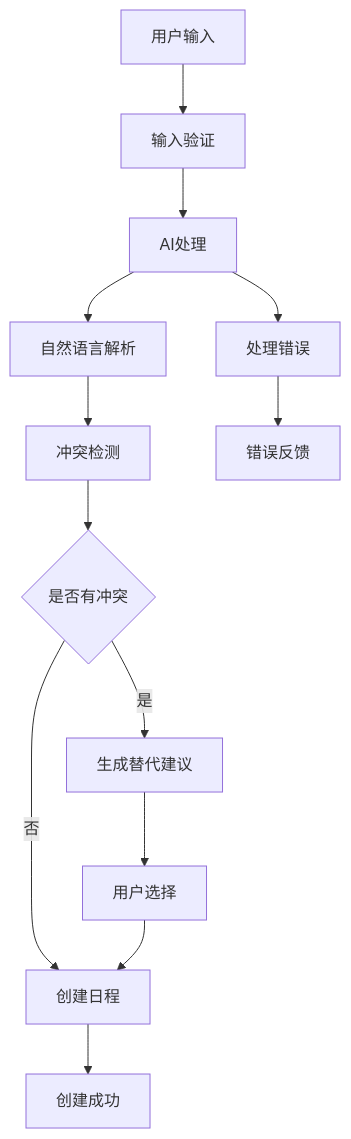
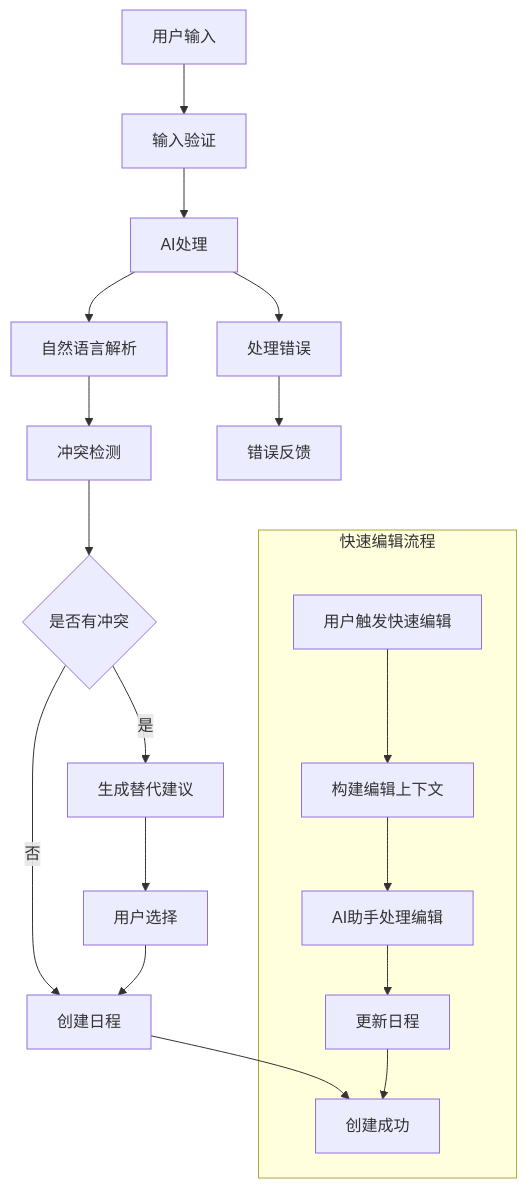
The fourth of 15 diagrams in .qoder/repowiki/zh/content/UI 组件库/专用功能组件/日程快速输入组件.md (hrygo/memos), drawn with Mermaid before and after one commit. The commit also changed other lines of this file and 29 other files, not shown here.

````diff
--- a/.qoder/repowiki/zh/content/UI 组件库/专用功能组件/日程快速输入组件.md
+++ b/.qoder/repowiki/zh/content/UI 组件库/专用功能组件/日程快速输入组件.md
@@ -171,15 +202,21 @@
 ```mermaid
 flowchart TD
 Input[用户输入] --> Validation[输入验证]
 Validation --> Processing[AI处理]
 Processing --> Parsing[自然语言解析]
 Parsing --> Conflict[冲突检测]
 Conflict --> Decision{是否有冲突}
 Decision --> |否| Create[创建日程]
 Decision --> |是| Suggest[生成替代建议]
 Suggest --> UserChoice[用户选择]
 UserChoice --> Create
 Create --> Success[创建成功]
 Processing --> Error[处理错误]
 Error --> Feedback[错误反馈]
+subgraph "快速编辑流程"
+QuickEdit[用户触发快速编辑] --> Context[构建编辑上下文]
+Context --> AIEdit[AI助手处理编辑]
+AIEdit --> Update[更新日程]
+Update --> Success
+end
 ```
````
